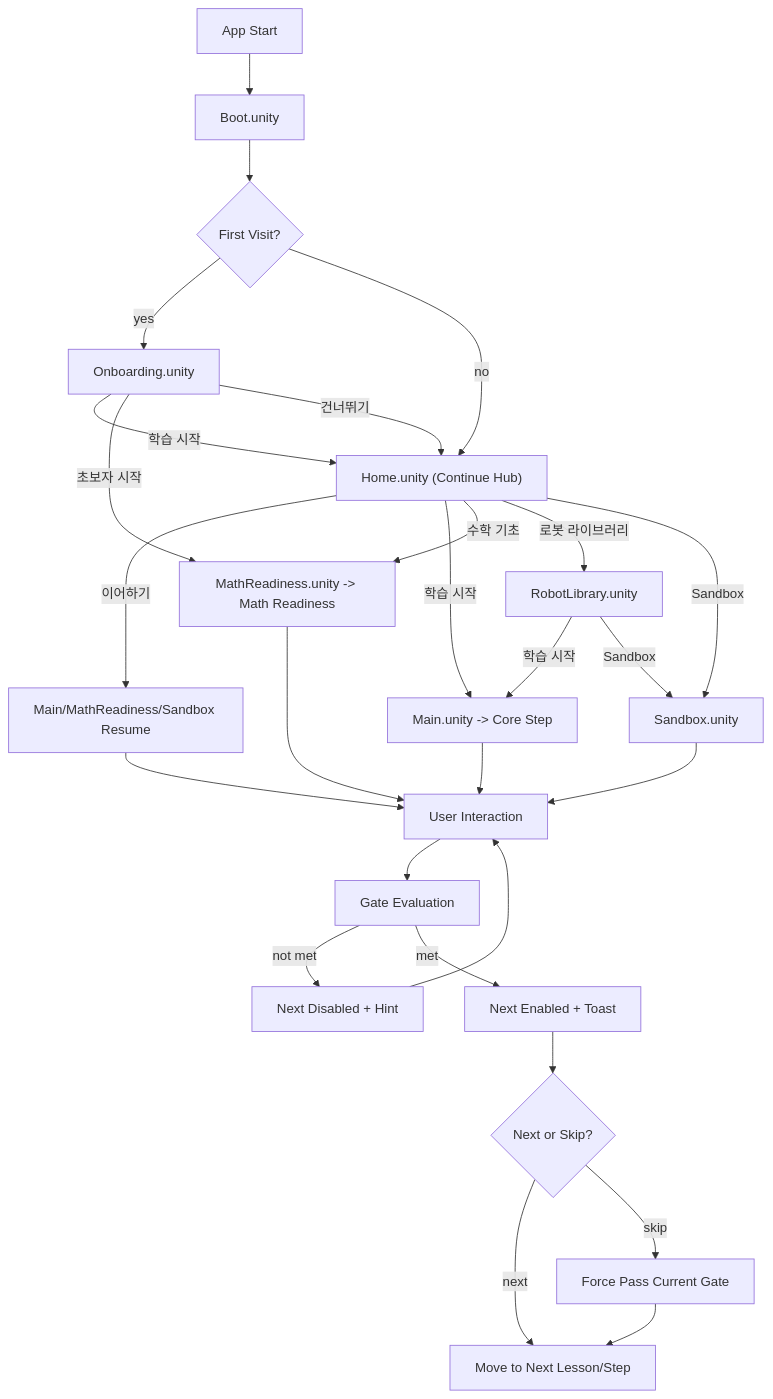
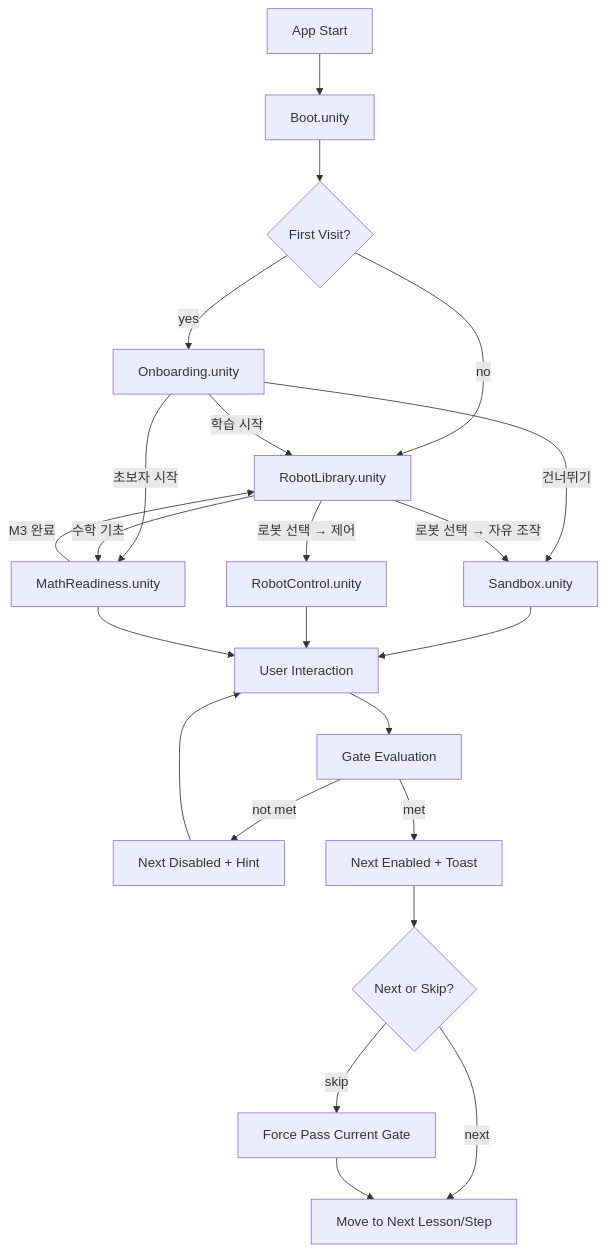
The diagram in docs/ref/USER-FLOW.md (kimjuyoung1127/robotapp), drawn with Mermaid before and after one commit. The commit also changed other lines of this file and 59 other files, not shown here.

First line of the commit message:
refactor: remove Home/Main scenes, make RobotLibrary the main entry point

````diff
--- a/docs/ref/USER-FLOW.md
+++ b/docs/ref/USER-FLOW.md
@@ -56,32 +59,29 @@
 ```mermaid
 flowchart TD
   A["App Start"] --> B["Boot.unity"]
   B --> C{"First Visit?"}
   C -->|"yes"| D["Onboarding.unity"]
-  C -->|"no"| H["Home.unity (Continue Hub)"]
+  C -->|"no"| RL["RobotLibrary.unity"]
 
-  D -->|"학습 시작"| H
-  D -->|"초보자 시작"| G["MathReadiness.unity -> Math Readiness"]
-  D -->|"건너뛰기"| H
+  D -->|"학습 시작"| RL
+  D -->|"초보자 시작"| G["MathReadiness.unity"]
+  D -->|"건너뛰기"| S["Sandbox.unity"]
 
-  H -->|"이어하기"| E["Main/MathReadiness/Sandbox Resume"]
-  H -->|"학습 시작"| F["Main.unity -> Core Step"]
-  H -->|"수학 기초"| G["MathReadiness.unity -> Math Readiness"]
-  H -->|"로봇 라이브러리"| R["RobotLibrary.unity"]
-  H -->|"Sandbox"| S["Sandbox.unity"]
+  RL -->|"로봇 선택 → 제어"| RC["RobotControl.unity"]
+  RL -->|"로봇 선택 → 자유 조작"| S
+  RL -->|"수학 기초"| G
 
-  E --> I["User Interaction"]
-  F --> I
+  G -->|"M3 완료"| RL
+
+  S --> I["User Interaction"]
+  RC --> I
   G --> I
-  R -->|"학습 시작"| F
-  R -->|"Sandbox"| S
-  S --> I
 
   I --> J["Gate Evaluation"]
   J -->|"not met"| K["Next Disabled + Hint"] --> I
   J -->|"met"| L["Next Enabled + Toast"]
 
   L --> M{"Next or Skip?"}
   M -->|"next"| N["Move to Next Lesson/Step"]
   M -->|"skip"| O["Force Pass Current Gate"] --> N
 ```
````
